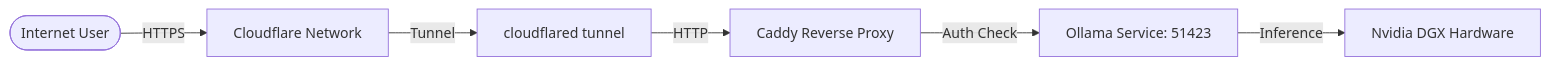
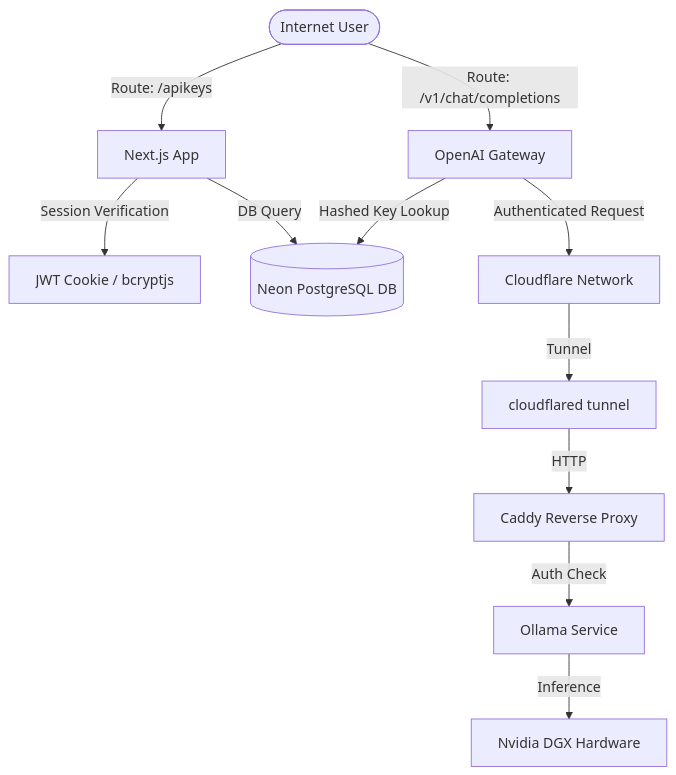
One commit to Haoming9527/DGX-Spark-Platform changed the diagram in README.md. Above: the diagram before and after it, drawn with Mermaid. The commit also changed other lines of this file and 20 other files, not shown here.

Commit message:
feat: implement authentication system, API key management, and chat interface with integration documentation

````diff
--- a/README.md
+++ b/README.md
@@ -24,8 +27,13 @@
 ```mermaid
-graph LR
-    User([Internet User]) -- HTTPS --> CF[Cloudflare Network]
+graph TD
+    User([Internet User]) -- Route: /apikeys --> NextJS[Next.js App]
+    User -- Route: /v1/chat/completions --> Gateway[OpenAI Gateway]
+    NextJS -- Session Verification --> Auth[JWT Cookie / bcryptjs]
+    NextJS -- DB Query --> DB[(Neon PostgreSQL DB)]
+    Gateway -- Hashed Key Lookup --> DB
+    Gateway -- Authenticated Request --> CF[Cloudflare Network]
     CF -- Tunnel --> CT[cloudflared tunnel]
     CT -- HTTP --> Caddy[Caddy Reverse Proxy]
-    Caddy -- Auth Check --> Ollama[Ollama Service: 51423]
+    Caddy -- Auth Check --> Ollama[Ollama Service]
     Ollama -- Inference --> DGX[Nvidia DGX Hardware]
 ```
````
